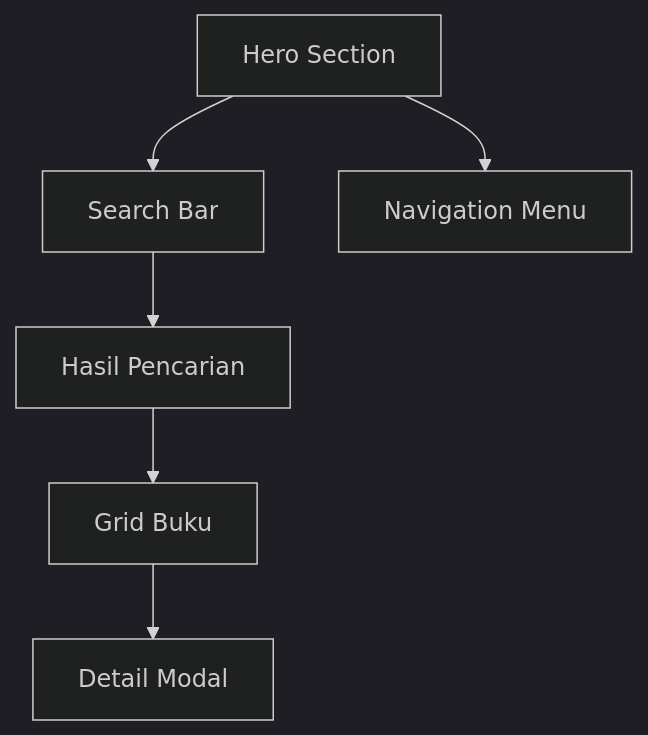
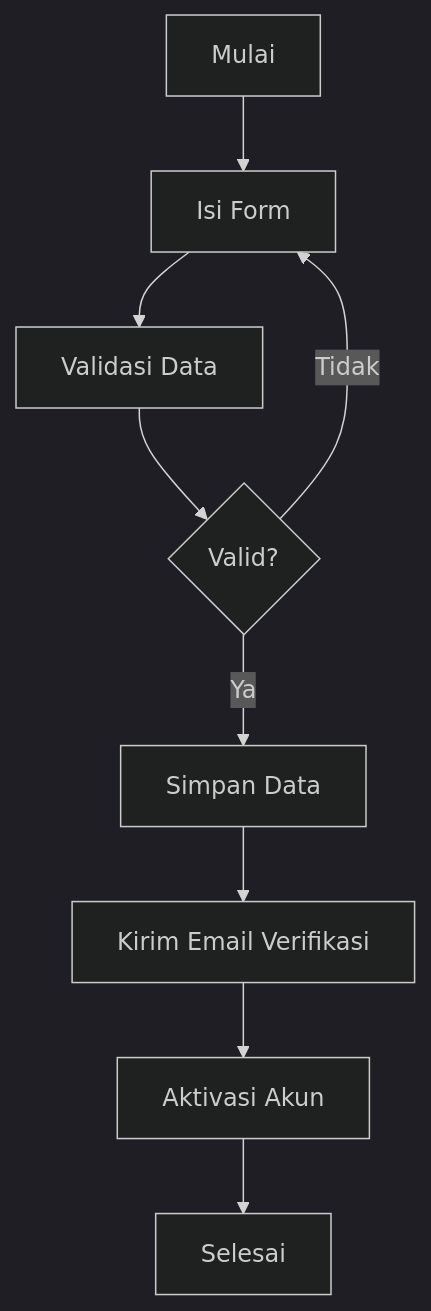
Before and after one commit to bimapopo345/Perpustakaan-Bldsp: the third of 4 diagrams in productContext.md, drawn with Mermaid (dark theme). The commit also changed other lines of this file and 4 other files, not shown here.

````diff
--- a/productContext.md
+++ b/productContext.md
@@ -11,8 +99,11 @@
 ```mermaid
 graph TD
-    A[Hero Section] --> B[Search Bar]
-    A --> C[Navigation Menu]
-    B --> D[Hasil Pencarian]
-    D --> E[Grid Buku]
-    E --> F[Detail Modal]
+    A[Mulai] --> B[Isi Form]
+    B --> C[Validasi Data]
+    C --> D{Valid?}
+    D -->|Ya| E[Simpan Data]
+    D -->|Tidak| B
+    E --> F[Kirim Email Verifikasi]
+    F --> G[Aktivasi Akun]
+    G --> H[Selesai]
 ```
````
